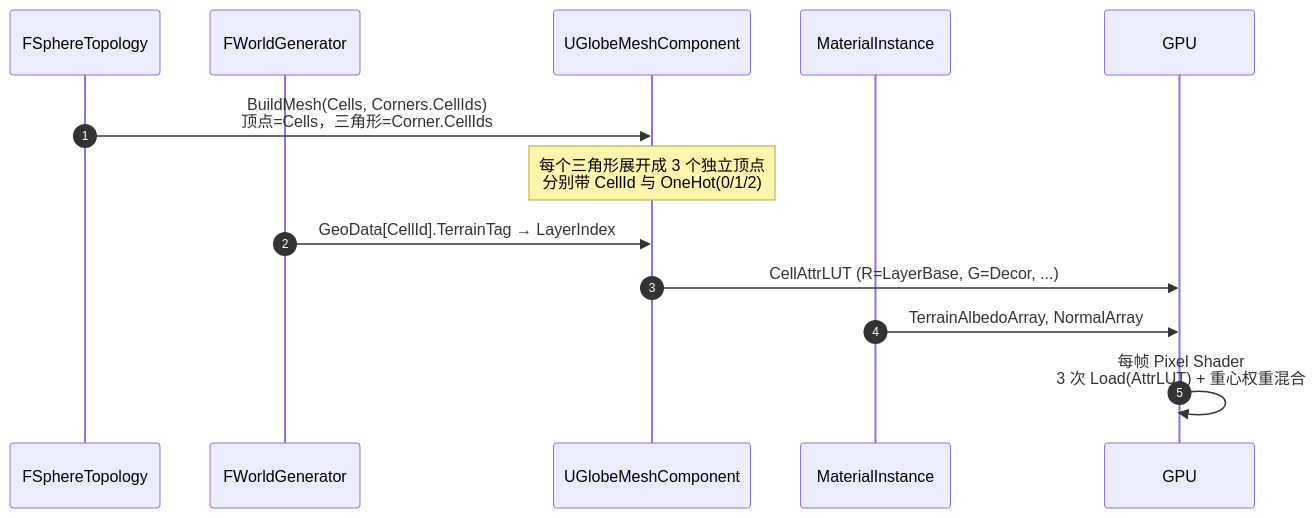
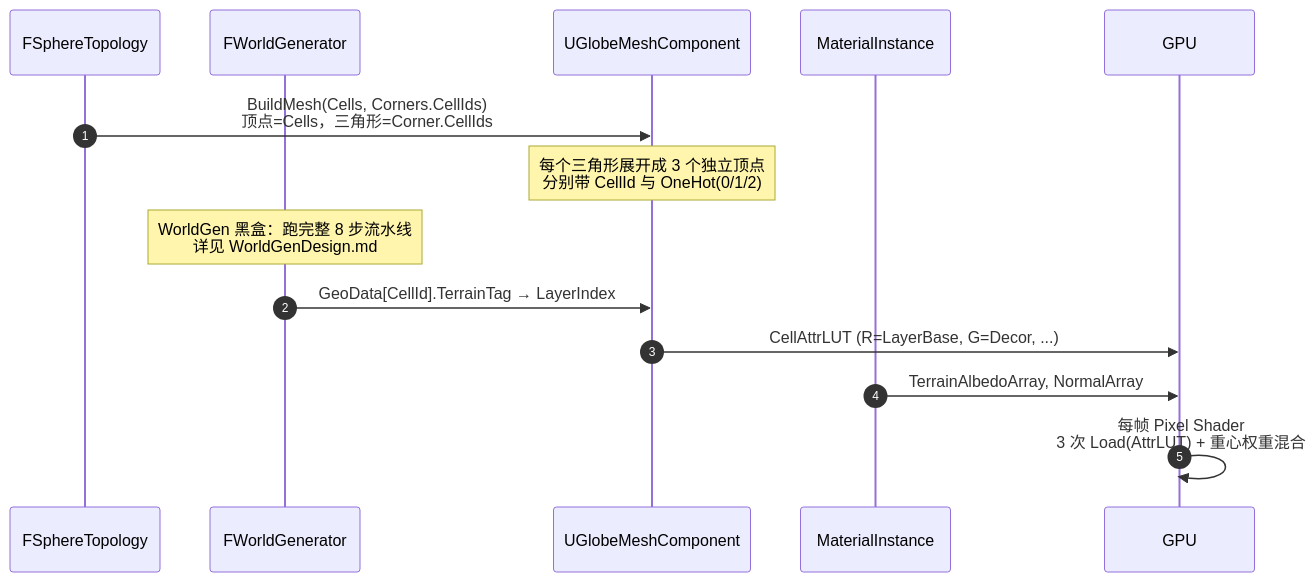
The second of 5 diagrams in Docs/SphericalSDFTerrainDesign.md (tclks001/TerraCivilization), drawn with Mermaid before and after one commit. The commit also changed other lines of this file and 7 other files, not shown here.

````diff
--- a/Docs/SphericalSDFTerrainDesign.md
+++ b/Docs/SphericalSDFTerrainDesign.md
@@ -363,16 +367,17 @@
 ```mermaid
 sequenceDiagram
     autonumber
     participant Topo as FSphereTopology
     participant Gen as FWorldGenerator
     participant Globe as UGlobeMeshComponent
     participant Mat as MaterialInstance
     participant GPU
 
     Topo->>Globe: BuildMesh(Cells, Corners.CellIds)<br/>顶点=Cells，三角形=Corner.CellIds
     Note over Globe: 每个三角形展开成 3 个独立顶点<br/>分别带 CellId 与 OneHot(0/1/2)
+    Note over Gen: WorldGen 黑盒：跑完整 8 步流水线<br/>详见 WorldGenDesign.md
     Gen->>Globe: GeoData[CellId].TerrainTag → LayerIndex
     Globe->>GPU: CellAttrLUT (R=LayerBase, G=Decor, ...)
     Mat->>GPU: TerrainAlbedoArray, NormalArray
     GPU->>GPU: 每帧 Pixel Shader<br/>3 次 Load(AttrLUT) + 重心权重混合
 ```
````
